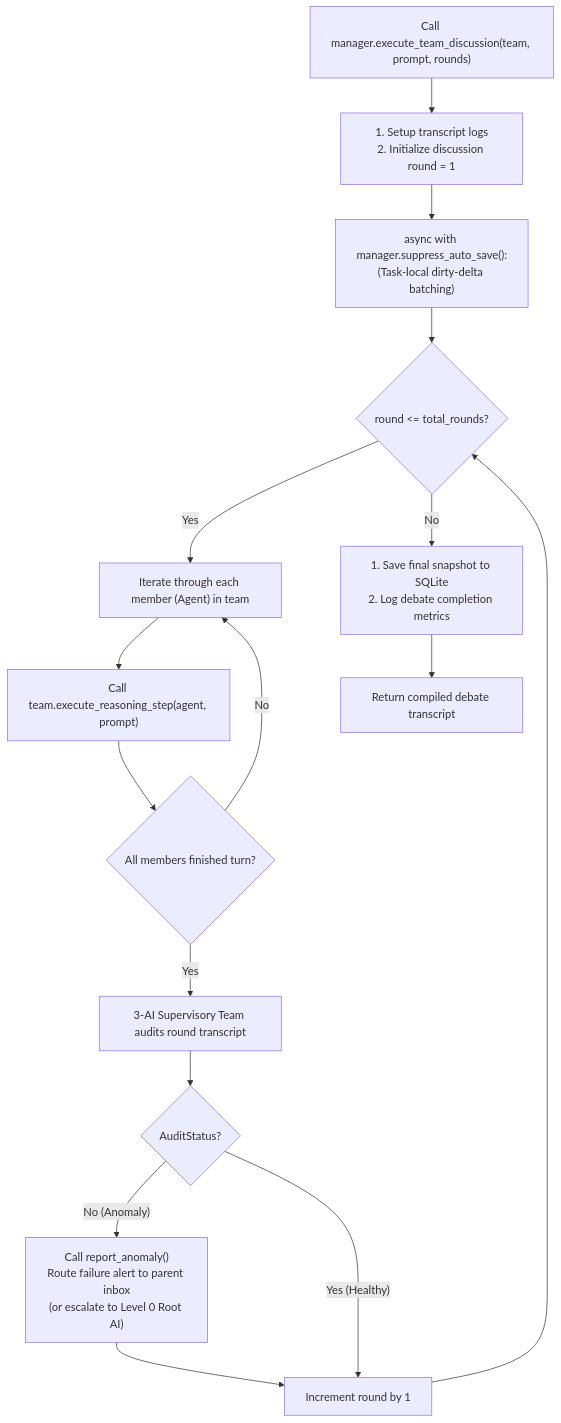
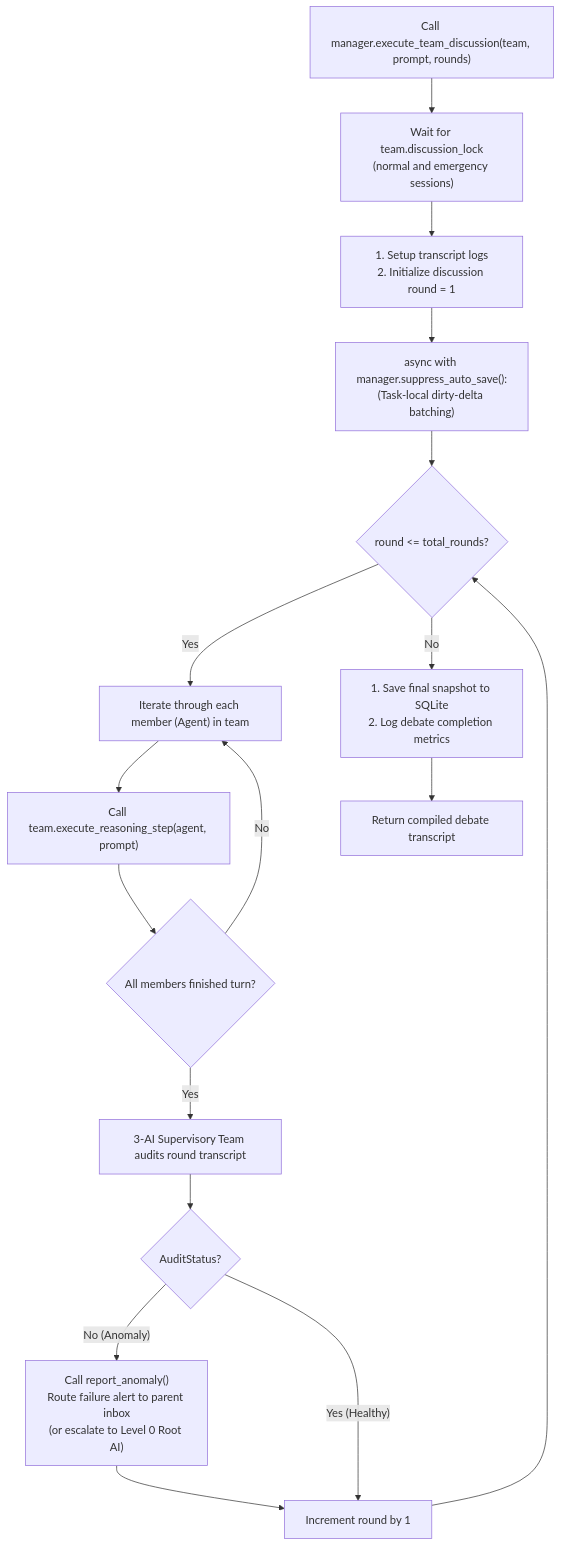
The third of 4 diagrams in docs/flowcharts/Tooling_and_Execution.md (AI-Team-Team/AI-Team-Team), drawn with Mermaid before and after one commit. The commit also changed 26 other files, not shown here.

````diff
--- a/docs/flowcharts/Tooling_and_Execution.md
+++ b/docs/flowcharts/Tooling_and_Execution.md
@@ -92,28 +92,29 @@
 ```mermaid
 flowchart TD
-    Start["Call manager.execute_team_discussion(team, prompt, rounds)"] --> Init["1. Setup transcript logs\n2. Initialize discussion round = 1"]
+    Start["Call manager.execute_team_discussion(team, prompt, rounds)"] --> SessionLock["Wait for team.discussion_lock\n(normal and emergency sessions)"]
+    SessionLock --> Init["1. Setup transcript logs\n2. Initialize discussion round = 1"]
     
     Init --> SuppressIOGate["async with manager.suppress_auto_save():\n(Task-local dirty-delta batching)"]
     SuppressIOGate --> LoopRounds{"round <= total_rounds?"}
     
     LoopRounds -- "Yes" --> MemberIteration["Iterate through each member (Agent) in team"]
     
     MemberIteration --> RunAgentStep["Call team.execute_reasoning_step(agent, prompt)"]
     
     RunAgentStep --> NextMember{"All members finished turn?"}
     NextMember -- "No" --> MemberIteration
     
     NextMember -- "Yes" --> SupervisoryAudit["3-AI Supervisory Team audits round transcript"]
     
     SupervisoryAudit --> AuditResult{"AuditStatus?"}
     
     AuditResult -- "No (Anomaly)" --> ReportAnomaly["Call report_anomaly()\nRoute failure alert to parent inbox\n(or escalate to Level 0 Root AI)"]
     ReportAnomaly --> IncrementRound["Increment round by 1"]
     
     AuditResult -- "Yes (Healthy)" --> IncrementRound
     
     IncrementRound --> LoopRounds
     
     LoopRounds -- "No" --> FinalizeState["1. Save final snapshot to SQLite\n2. Log debate completion metrics"]
     FinalizeState --> End["Return compiled debate transcript"]
 ```
````
